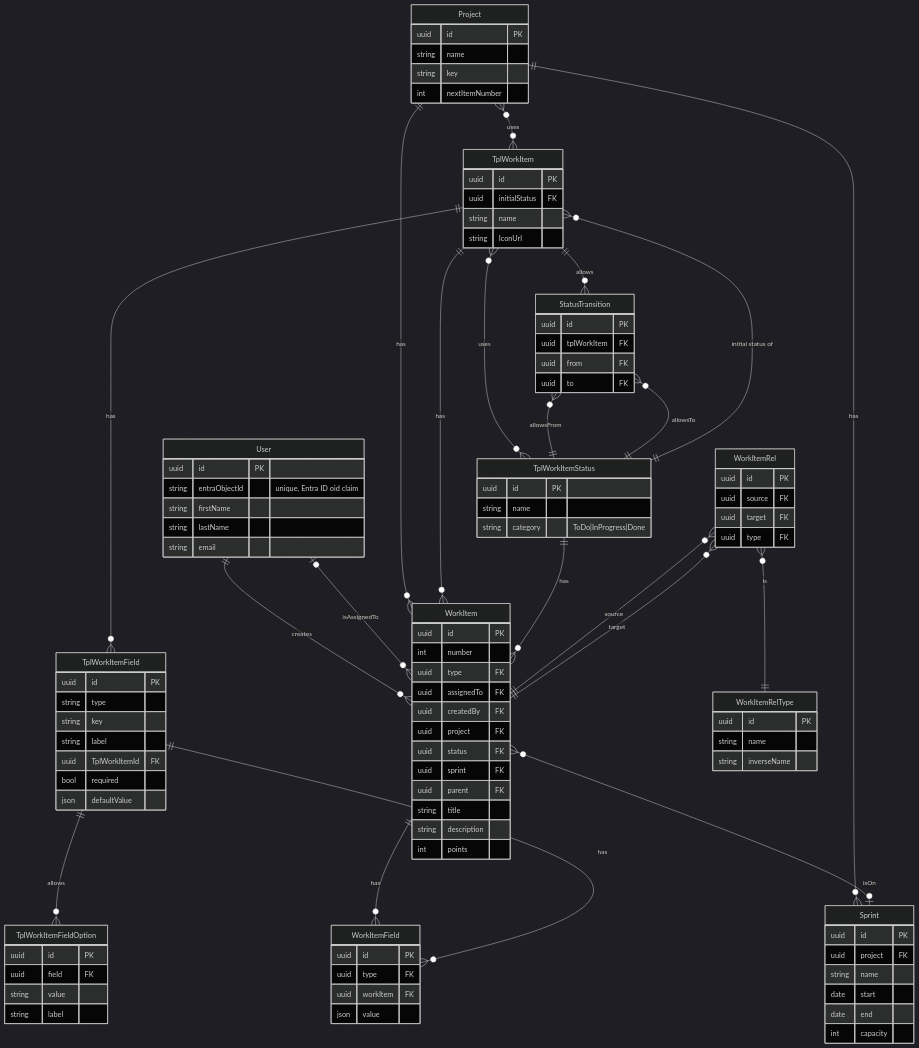
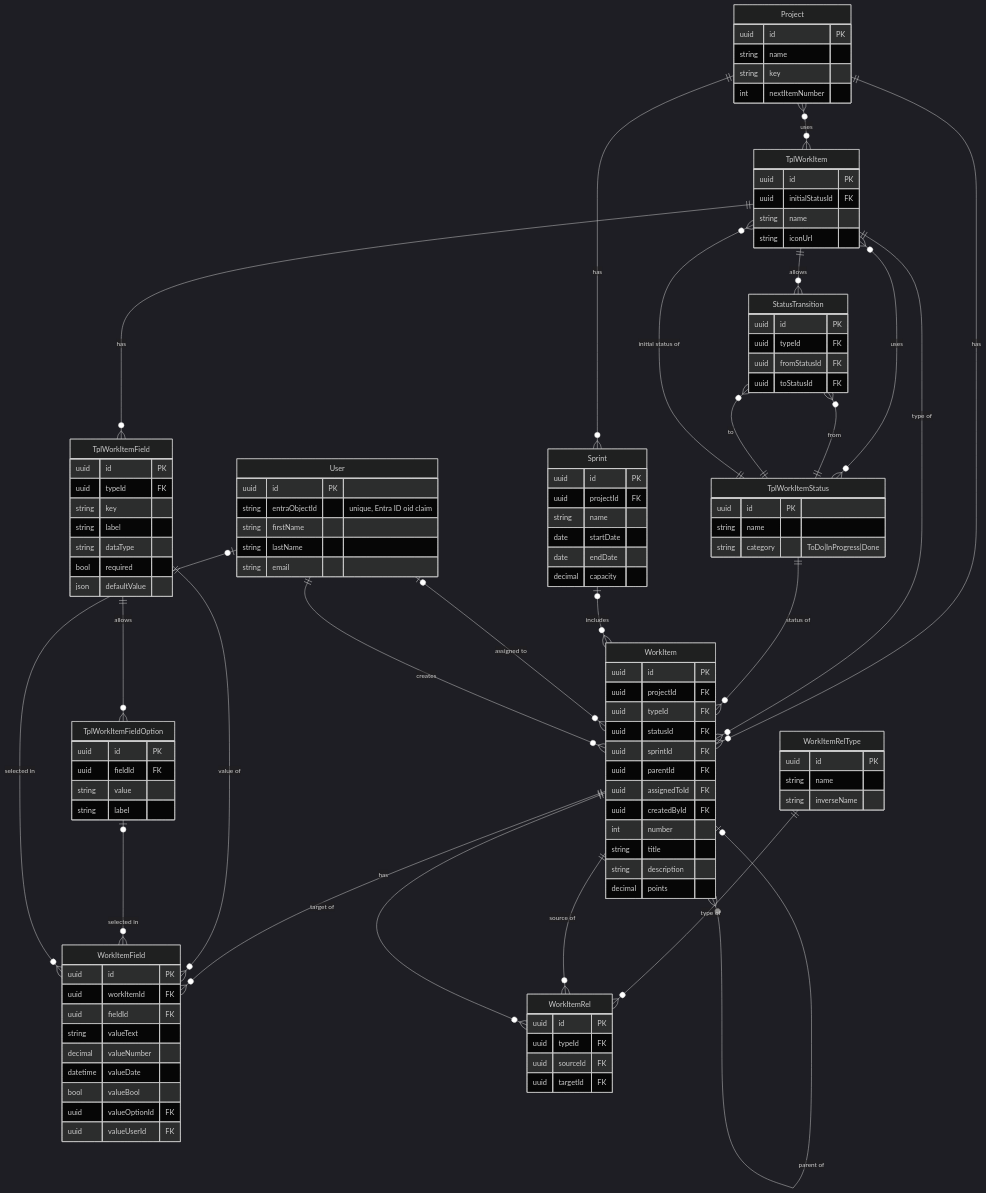
Before and after one commit to EnsyInc/Loom: the diagram in docs/loom-data-model.md, drawn with Mermaid.

````diff
--- a/docs/loom-data-model.md
+++ b/docs/loom-data-model.md
@@ -39,22 +39,22 @@
     }
     TplWorkItem {
         uuid id PK
-        uuid initialStatus FK
+        uuid initialStatusId FK
         string name
-        string IconUrl
+        string iconUrl
     }
     TplWorkItemField {
         uuid id PK
-        string type
+        uuid typeId FK
         string key
         string label
-        uuid TplWorkItemId FK
+        string dataType
         bool required
         json defaultValue
     }
     TplWorkItemFieldOption {
         uuid id PK
-        uuid field FK
+        uuid fieldId FK
         string value
         string label
     }
@@ -63,78 +63,83 @@
         string name
         string category "ToDo|InProgress|Done"
     }
+    StatusTransition {
+        uuid id PK
+        uuid typeId FK
+        uuid fromStatusId FK
+        uuid toStatusId FK
+    }
     WorkItem {
         uuid id PK
+        uuid projectId FK
+        uuid typeId FK
+        uuid statusId FK
+        uuid sprintId FK
+        uuid parentId FK
+        uuid assignedToId FK
+        uuid createdById FK
         int number
-        uuid type FK 
-        uuid assignedTo FK
-        uuid createdBy FK
-        uuid project FK
-        uuid status FK
-        uuid sprint FK
-        uuid parent FK
-
         string title
         string description
-        int points
-    }
-    WorkItemRel {
-      uuid id PK
-      uuid source FK
-      uuid target FK
-      uuid type FK
-    }
-    WorkItemRelType {
-      uuid id PK
-      string name
-      string inverseName
+        decimal points
     }
     WorkItemField {
         uuid id PK
-        uuid type FK
-        uuid workItem FK
-        json value
+        uuid workItemId FK
+        uuid fieldId FK
+        string valueText
+        decimal valueNumber
+        datetime valueDate
+        bool valueBool
+        uuid valueOptionId FK
+        uuid valueUserId FK
     }
-    StatusTransition {
+    WorkItemRel {
         uuid id PK
-        uuid tplWorkItem FK
-        uuid from FK
-        uuid to FK
+        uuid typeId FK
+        uuid sourceId FK
+        uuid targetId FK
+    }
+    WorkItemRelType {
+        uuid id PK
+        string name
+        string inverseName
     }
     Sprint {
         uuid id PK
-        uuid project FK
+        uuid projectId FK
         string name
-        date start
-        date end
-        int capacity
+        date startDate
+        date endDate
+        decimal capacity
     }
 
-    User ||--o{ WorkItem: creates
-    User |o--o{ WorkItem: isAssignedTo
-
-    Project }o--o{ TplWorkItem: uses 
-    Project ||--o{ Sprint: has 
-    Project ||--o{ WorkItem: has
+    Project }o--o{ TplWorkItem : uses
+    Project ||--o{ Sprint : has
+    Project ||--o{ WorkItem : has
 
     TplWorkItem ||--o{ TplWorkItemField : has
     TplWorkItem }o--o{ TplWorkItemStatus : uses
     TplWorkItem ||--o{ StatusTransition : allows
-    TplWorkItem ||--o{ WorkItem : has
+    TplWorkItem ||--o{ WorkItem : "type of"
+    TplWorkItemStatus ||--o{ TplWorkItem : "initial status of"
+    TplWorkItemField ||--o{ TplWorkItemFieldOption : allows
 
-    TplWorkItemField ||--o{ TplWorkItemFieldOption : allows
-    TplWorkItemStatus ||--o{ WorkItem : has
+    StatusTransition }o--|| TplWorkItemStatus : "from"
+    StatusTransition }o--|| TplWorkItemStatus : "to"
+
+    TplWorkItemStatus ||--o{ WorkItem : "status of"
+    Sprint |o--o{ WorkItem : includes
+    WorkItem |o--o{ WorkItem : "parent of"
+    User |o--o{ WorkItem : "assigned to"
+    User ||--o{ WorkItem : creates
+
     WorkItem ||--o{ WorkItemField : has
-    WorkItem }o--|o Sprint : isOn
+    TplWorkItemField ||--o{ WorkItemField : "value of"
+    TplWorkItemFieldOption |o--o{ WorkItemField : "selected in"
+    User |o--o{ WorkItemField : "selected in"
 
-    TplWorkItemStatus ||--o{ TplWorkItem : "initial status of"
-    
-    TplWorkItemField ||--o{ WorkItemField : has
-
-    StatusTransition }o--|| TplWorkItemStatus: allowsFrom
-    StatusTransition }o--|| TplWorkItemStatus: allowsTo
-
-    WorkItemRel }o--|| WorkItem: source
-    WorkItemRel }o--|| WorkItem: target
-    WorkItemRel }o--|| WorkItemRelType: is
+    WorkItemRelType ||--o{ WorkItemRel : "type of"
+    WorkItem ||--o{ WorkItemRel : "source of"
+    WorkItem ||--o{ WorkItemRel : "target of"
 ```
````
